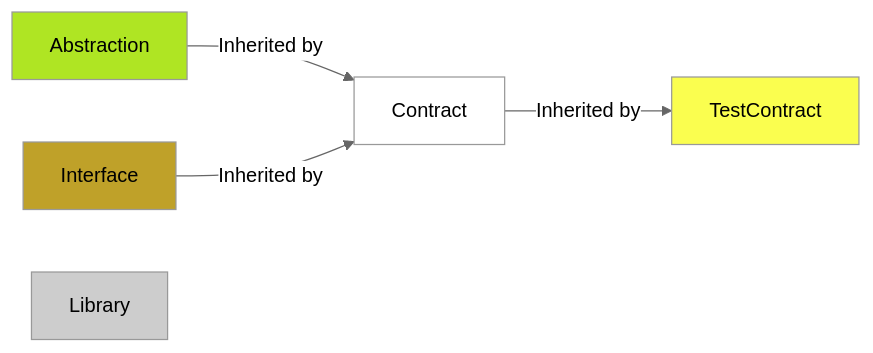
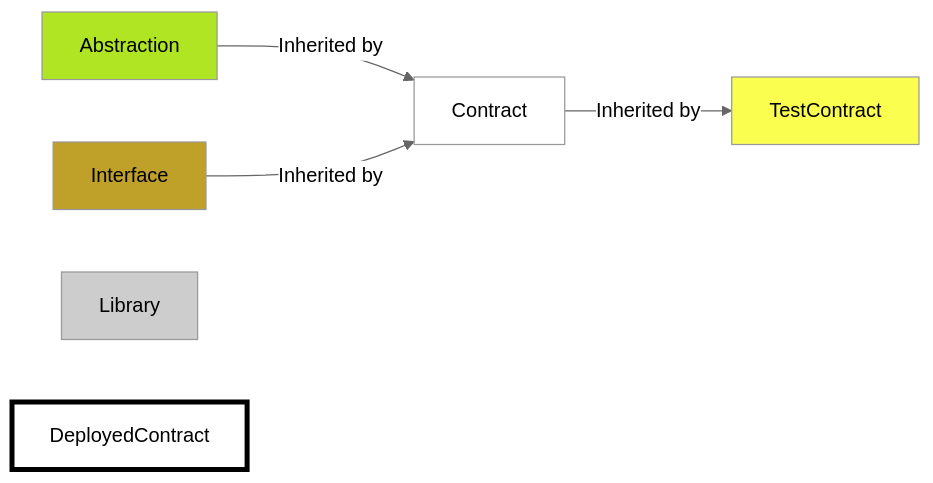
The second of 2 diagrams in packages/nitro-protocol/docs/api/contract-inheritance.md (statechannels/statechannels), drawn with Mermaid (neutral theme) before and after one commit. The commit also changed other lines of this file, not shown here.

First line of the commit message:
Improve contract inheritance diagram

```diff
--- a/packages/nitro-protocol/docs/api/contract-inheritance.md
+++ b/packages/nitro-protocol/docs/api/contract-inheritance.md
@@ -62,18 +85,21 @@
 <div class="mermaid" align="center">
 graph LR
 linkStyle default interpolate basis
 Abstraction-->|Inherited by| Contract
 Contract-->|Inherited by| TestContract
 Interface-->|Inherited by| Contract
 Library
+DeployedContract
 classDef Contract fill:#ffffff;
 classDef Abstraction fill:#afe523;
 classDef TestContract fill:#fafe4f;
 classDef Interface fill:#bfa129;
 classDef Library fill:#bbbb;
+classDef DeployedContract fill:#ffffff,stroke:#000000,stroke-width:4px;
 class Library Library;
 class Abstraction Abstraction;
 class Contract Contract;
 class TestContract TestContract;
 class Interface Interface;
+class DeployedContract DeployedContract
 </div>
```
